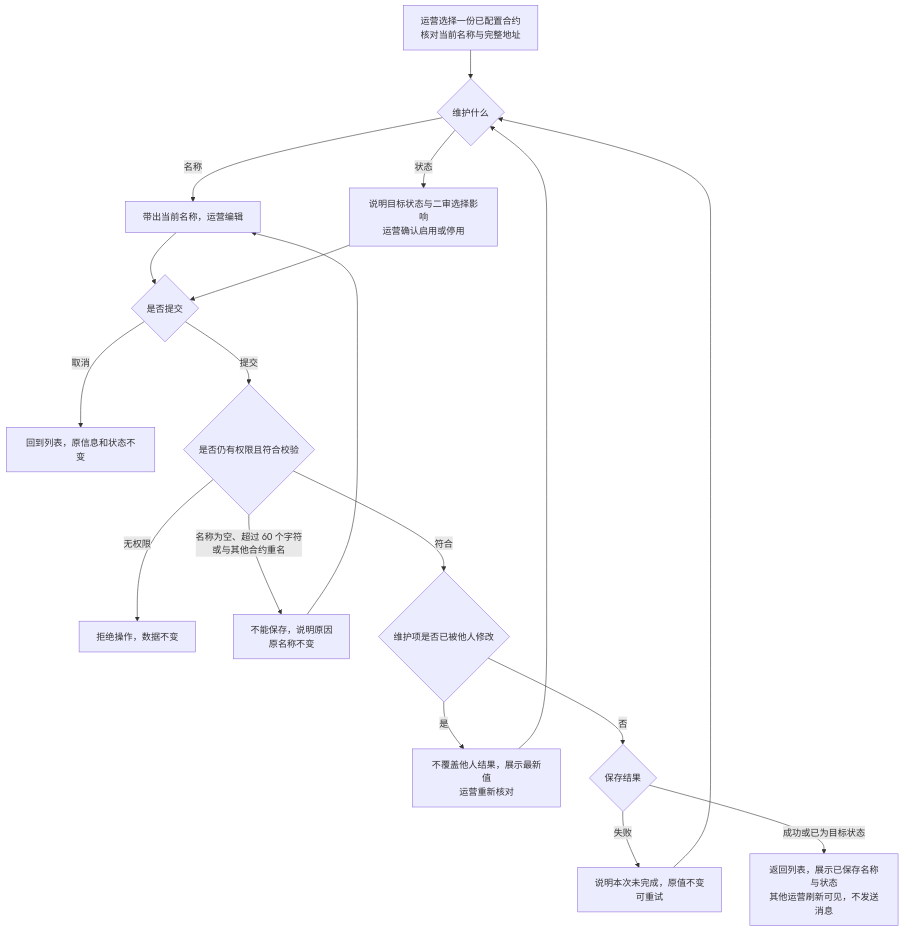
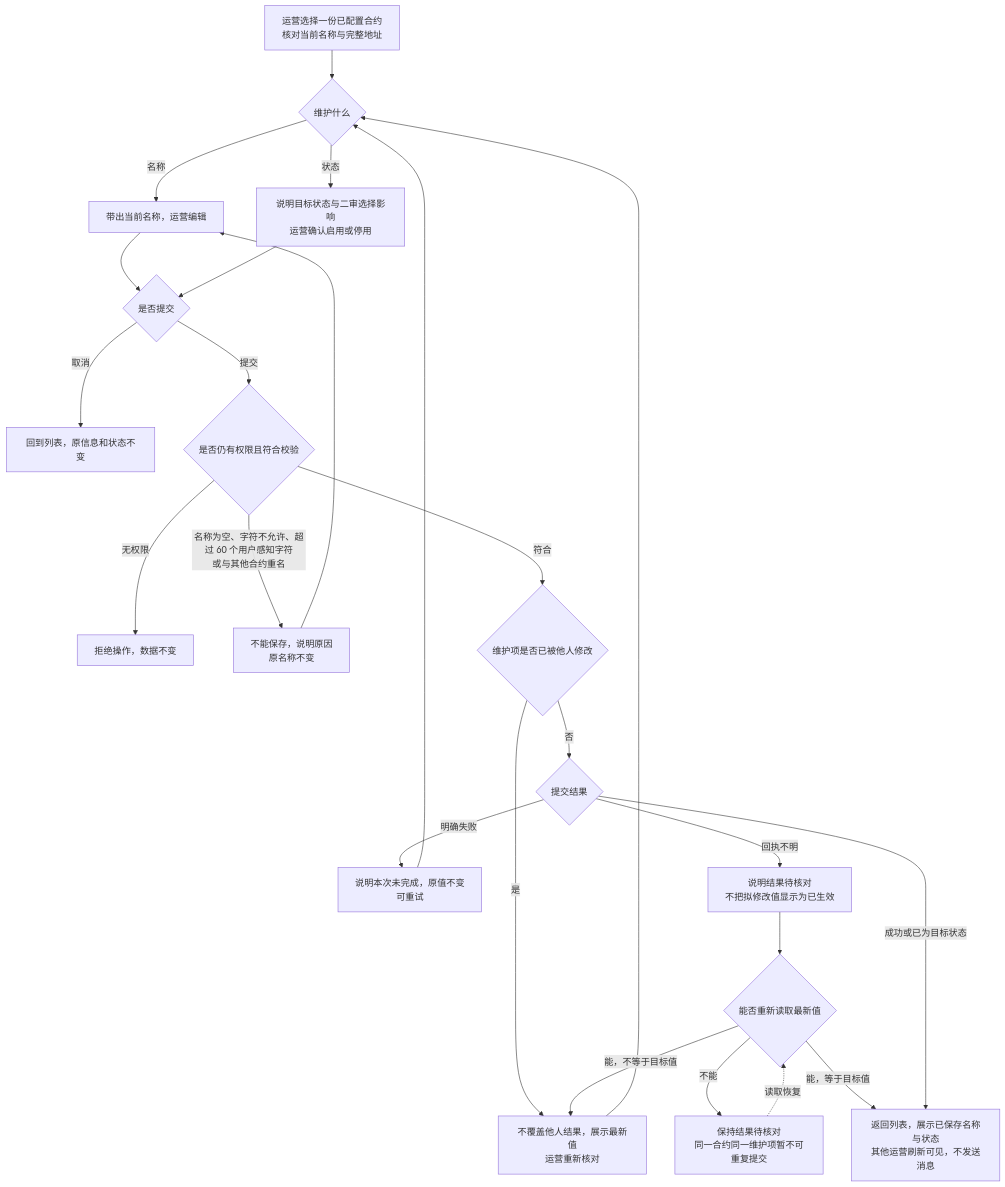
The third of 4 diagrams in token-issuance-platform/PRD/管理端/M6-合约管理/02-合约管理-流程图与状态机.md (wxblockchain/Chain-Financing), drawn with Mermaid before and after one commit. The commit also changed other lines of this file and 2 other files, not shown here.

Commit message:
prd(WS-512): resolve contract eval decisions

````diff
--- a/token-issuance-platform/PRD/管理端/M6-合约管理/02-合约管理-流程图与状态机.md
+++ b/token-issuance-platform/PRD/管理端/M6-合约管理/02-合约管理-流程图与状态机.md
@@ -62,20 +62,26 @@
 ```mermaid
 flowchart TD
     A[运营选择一份已配置合约<br/>核对当前名称与完整地址] --> B{维护什么}
     B -->|名称| C[带出当前名称，运营编辑]
     B -->|状态| D[说明目标状态与二审选择影响<br/>运营确认启用或停用]
     C --> E{是否提交}
     D --> E
     E -->|取消| F[回到列表，原信息和状态不变]
     E -->|提交| G{是否仍有权限且符合校验}
     G -->|无权限| H[拒绝操作，数据不变]
-    G -->|名称为空、超过 60 个字符<br/>或与其他合约重名| I[不能保存，说明原因<br/>原名称不变]
+    G -->|名称为空、字符不允许、超过 60 个用户感知字符<br/>或与其他合约重名| I[不能保存，说明原因<br/>原名称不变]
     I --> C
     G -->|符合| J{维护项是否已被他人修改}
     J -->|是| K[不覆盖他人结果，展示最新值<br/>运营重新核对]
     K --> B
-    J -->|否| L{保存结果}
-    L -->|失败| M[说明本次未完成，原值不变<br/>可重试]
+    J -->|否| L{提交结果}
+    L -->|明确失败| M[说明本次未完成，原值不变<br/>可重试]
     M --> B
+    L -->|回执不明| O[说明结果待核对<br/>不把拟修改值显示为已生效]
+    O --> P{能否重新读取最新值}
+    P -->|不能| Q[保持结果待核对<br/>同一合约同一维护项暂不可重复提交]
+    Q -.读取恢复.-> P
+    P -->|能，等于目标值| N
+    P -->|能，不等于目标值| K
     L -->|成功或已为目标状态| N[返回列表，展示已保存名称与状态<br/>其他运营刷新可见，不发送消息]
 ```
````
